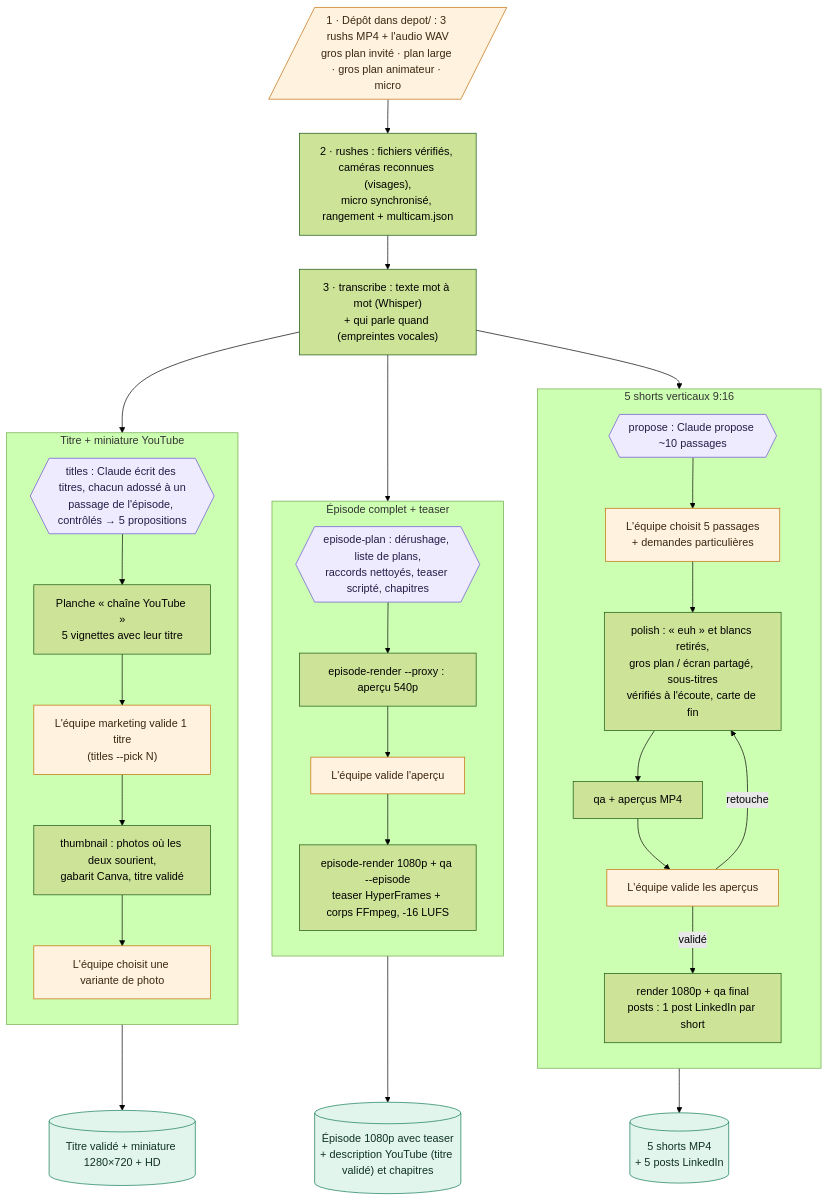
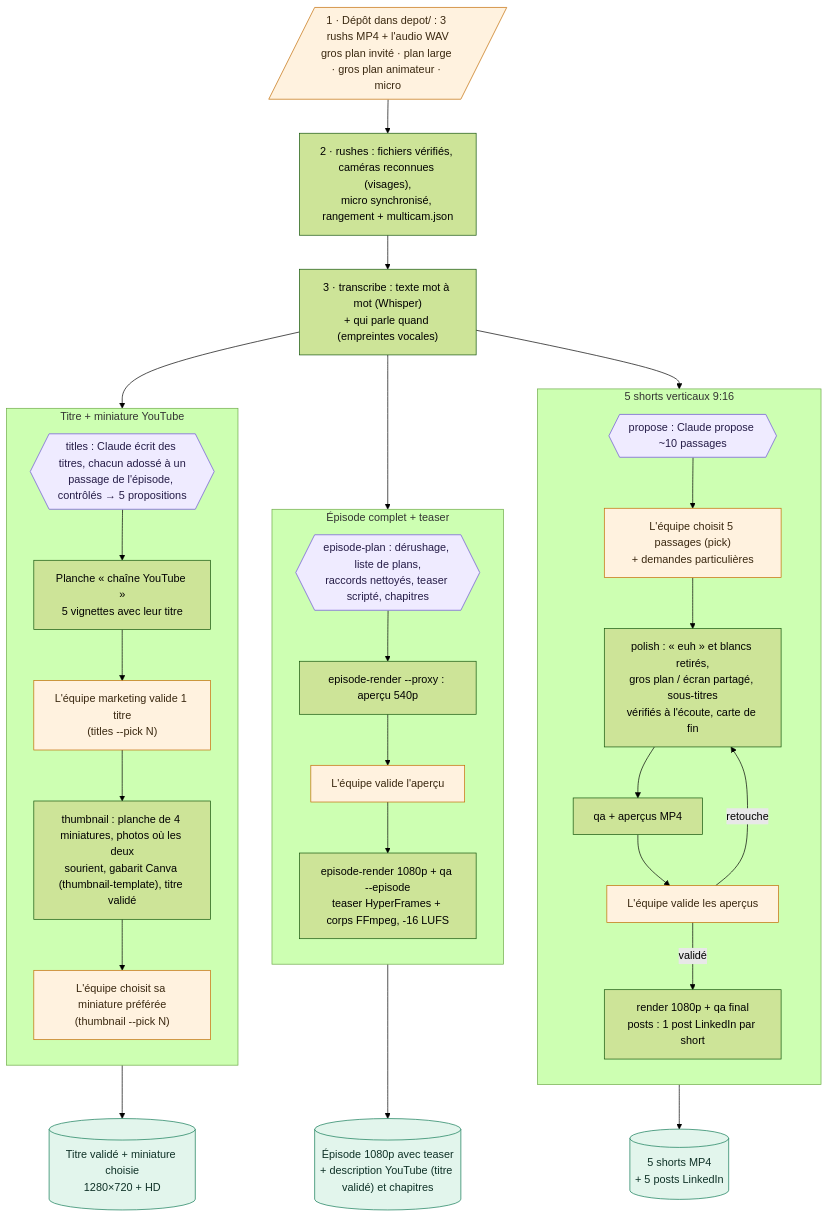
The diagram in README.md (arthurw31/podcast-clipper), drawn with Mermaid (forest theme) before and after one commit. The commit also changed 7 other files, not shown here.

First line of the commit message:
Miniature choisie par l'équipe (thumbnail --pick) ; le schéma suit le process (docs/schema.html + check_schema.py)

````diff
--- a/README.md
+++ b/README.md
@@ -22,45 +22,45 @@
 ```mermaid
 flowchart TD
     IN[/"1 · Dépôt dans depot/ : 3 rushs MP4 + l'audio WAV<br/>gros plan invité · plan large · gros plan animateur · micro"/]
     IN --> FE["2 · rushes : fichiers vérifiés, caméras reconnues (visages),<br/>micro synchronisé, rangement + multicam.json"]
     FE --> TR["3 · transcribe : texte mot à mot (Whisper)<br/>+ qui parle quand (empreintes vocales)"]
     TR --> S1
     TR --> E1
     TR --> M1
 
     subgraph SH["5 shorts verticaux 9:16"]
         direction TB
-        S1{{"propose : Claude propose ~10 passages"}} --> S2["L'équipe choisit 5 passages<br/>+ demandes particulières"]
+        S1{{"propose : Claude propose ~10 passages"}} --> S2["L'équipe choisit 5 passages (pick)<br/>+ demandes particulières"]
         S2 --> S3["polish : « euh » et blancs retirés,<br/>gros plan / écran partagé, sous-titres<br/>vérifiés à l'écoute, carte de fin"]
         S3 --> S4["qa + aperçus MP4"]
         S4 --> S5["L'équipe valide les aperçus"]
         S5 -->|retouche| S3
         S5 -->|validé| S6["render 1080p + qa final<br/>posts : 1 post LinkedIn par short"]
     end
 
     subgraph EP["Épisode complet + teaser"]
         direction TB
         E1{{"episode-plan : dérushage, liste de plans,<br/>raccords nettoyés, teaser scripté, chapitres"}} --> E2["episode-render --proxy : aperçu 540p"]
         E2 --> E3["L'équipe valide l'aperçu"]
         E3 --> E4["episode-render 1080p + qa --episode<br/>teaser HyperFrames + corps FFmpeg, -16 LUFS"]
     end
 
     subgraph MI["Titre + miniature YouTube"]
         direction TB
         M1{{"titles : Claude écrit des titres, chacun adossé à un<br/>passage de l'épisode, contrôlés → 5 propositions"}} --> M2["Planche « chaîne YouTube »<br/>5 vignettes avec leur titre"]
         M2 --> M3["L'équipe marketing valide 1 titre<br/>(titles --pick N)"]
-        M3 --> M4["thumbnail : photos où les deux sourient,<br/>gabarit Canva, titre validé"]
-        M4 --> M5["L'équipe choisit une variante de photo"]
+        M3 --> M4["thumbnail : planche de 4 miniatures, photos où les deux<br/>sourient, gabarit Canva (thumbnail-template), titre validé"]
+        M4 --> M5["L'équipe choisit sa miniature préférée<br/>(thumbnail --pick N)"]
     end
 
     S6 --> L1[("5 shorts MP4<br/>+ 5 posts LinkedIn")]
     E4 --> L2[("Épisode 1080p avec teaser<br/>+ description YouTube (titre validé) et chapitres")]
-    M5 --> L3[("Titre validé + miniature 1280×720 + HD")]
+    M5 --> L3[("Titre validé + miniature choisie<br/>1280×720 + HD")]
 
     classDef human fill:#FFF2DF,stroke:#C26A00,color:#3A2810;
     classDef llm fill:#EFEBFF,stroke:#6B4FD8,color:#251C47;
     classDef deliver fill:#E2F5EC,stroke:#0F7A55,color:#0F3127;
     class IN,S2,S5,E3,M3,M5 human;
     class S1,E1,M1 llm;
     class L1,L2,L3 deliver;
 ```
````
